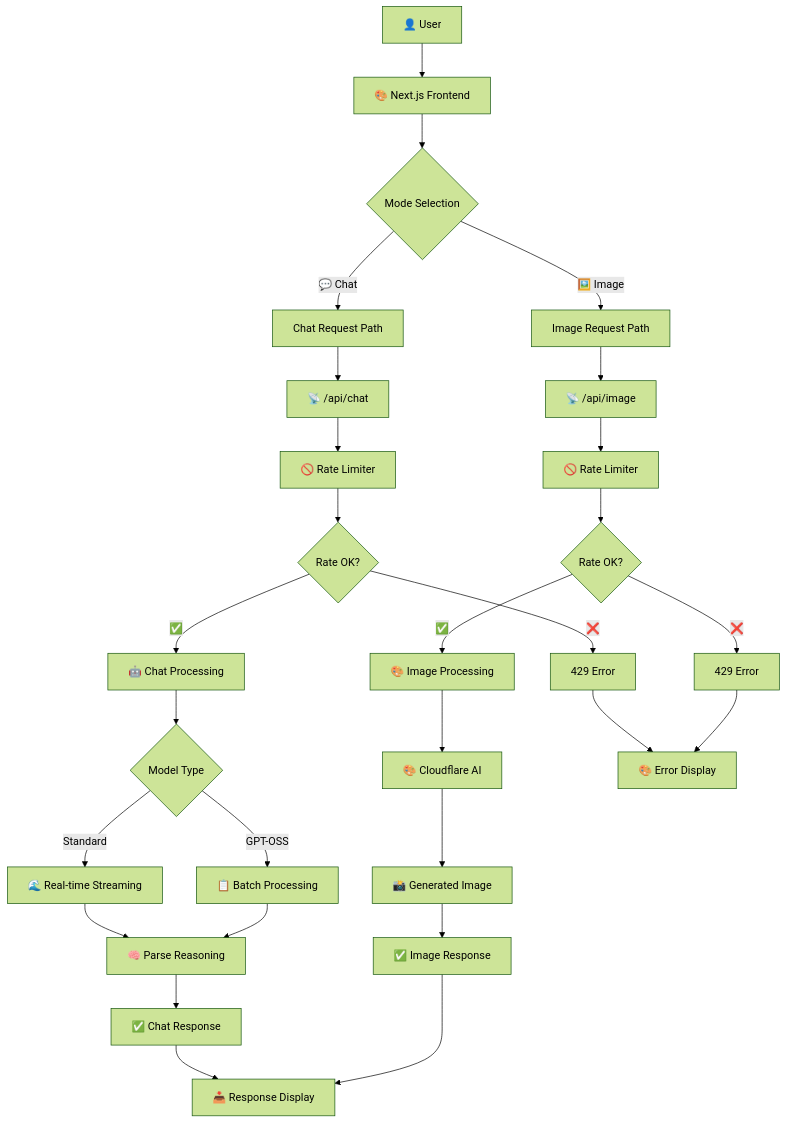
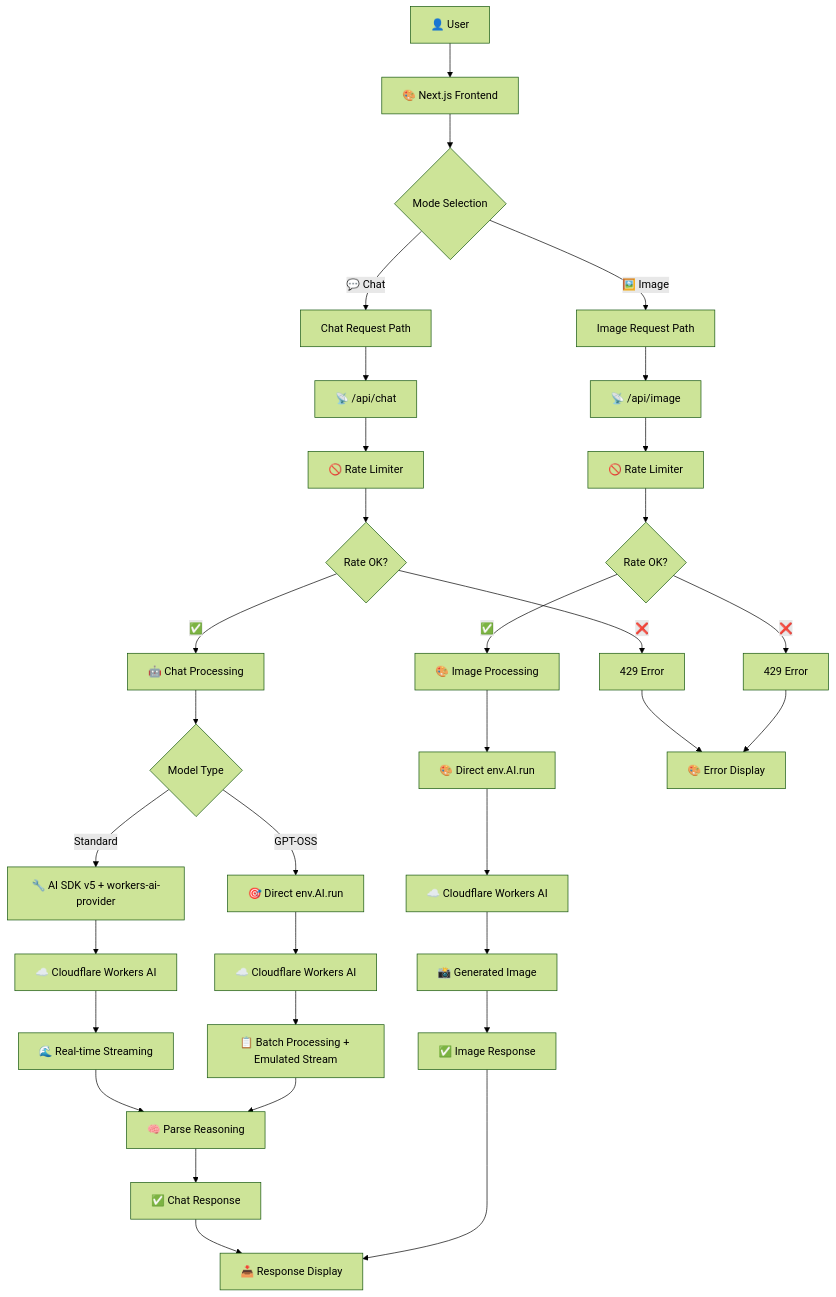
The first of 2 diagrams in README.md (devhims/opengpt), drawn with Mermaid (forest theme) before and after one commit. The commit also changed other lines of this file and 3 other files, not shown here.

First line of the commit message:
feat: update architecture and README for enhanced request flow documentation

````diff
--- a/README.md
+++ b/README.md
@@ -130,42 +130,49 @@
 ```mermaid
 flowchart TD
     User[👤 User] --> UI[🎨 Next.js Frontend]
     UI --> ModeToggle{Mode Selection}
 
     ModeToggle -->|💬 Chat| ChatPath[Chat Request Path]
     ModeToggle -->|🖼️ Image| ImagePath[Image Request Path]
 
     ChatPath --> ChatAPI[📡 /api/chat]
     ImagePath --> ImageAPI[📡 /api/image]
 
     ChatAPI --> RateLimit1[🚫 Rate Limiter]
     ImageAPI --> RateLimit2[🚫 Rate Limiter]
 
     RateLimit1 --> RateCheck1{Rate OK?}
     RateLimit2 --> RateCheck2{Rate OK?}
 
     RateCheck1 -->|❌| RateError1[429 Error]
     RateCheck1 -->|✅| ChatProcessing[🤖 Chat Processing]
 
     RateCheck2 -->|❌| RateError2[429 Error]
     RateCheck2 -->|✅| ImageProcessing[🎨 Image Processing]
 
     ChatProcessing --> ModelType{Model Type}
-    ModelType -->|Standard| Streaming[🌊 Real-time Streaming]
-    ModelType -->|GPT-OSS| Batch[📋 Batch Processing]
+    ModelType -->|Standard| AISDKPath[🔧 AI SDK v5 + workers-ai-provider]
+    ModelType -->|GPT-OSS| DirectPath[🎯 Direct env.AI.run]
 
-    ImageProcessing --> ImageAI[🎨 Cloudflare AI]
-    ImageAI --> ImageResponse[📸 Generated Image]
+    ImageProcessing --> ImageAI[🎨 Direct env.AI.run]
+
+    AISDKPath --> WorkersAI1[☁️ Cloudflare Workers AI]
+    DirectPath --> WorkersAI2[☁️ Cloudflare Workers AI]
+    ImageAI --> WorkersAI3[☁️ Cloudflare Workers AI]
+
+    WorkersAI1 --> Streaming[🌊 Real-time Streaming]
+    WorkersAI2 --> Batch[📋 Batch Processing + Emulated Stream]
+    WorkersAI3 --> ImageResponse[📸 Generated Image]
 
     Streaming --> ParseReasoning[🧠 Parse Reasoning]
     Batch --> ParseReasoning
 
     ParseReasoning --> ChatSuccess[✅ Chat Response]
     ImageResponse --> ImageSuccess[✅ Image Response]
 
     RateError1 --> ErrorUI[🎨 Error Display]
     RateError2 --> ErrorUI
 
     ChatSuccess --> ResponseUI[📥 Response Display]
     ImageSuccess --> ResponseUI
 ```
````
